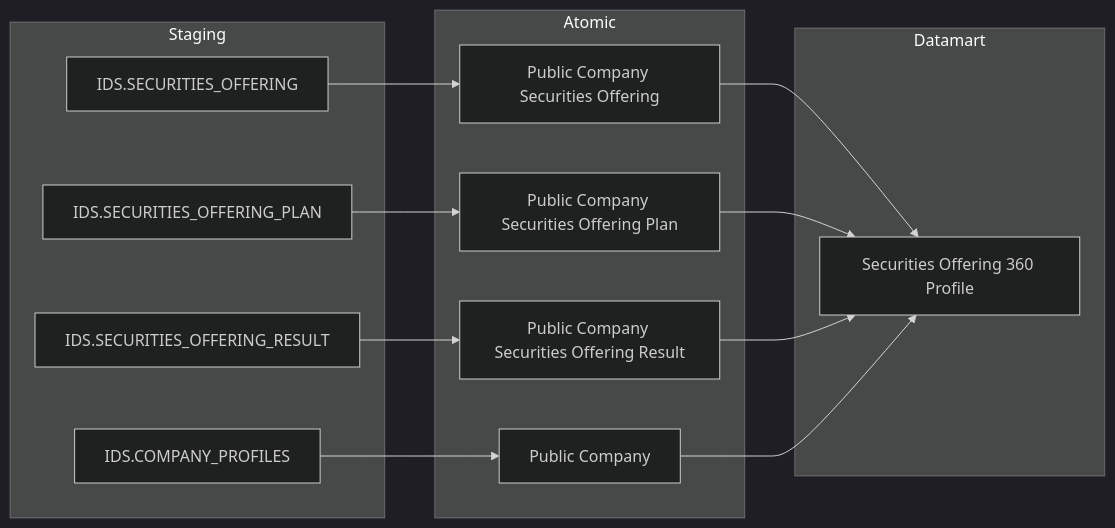
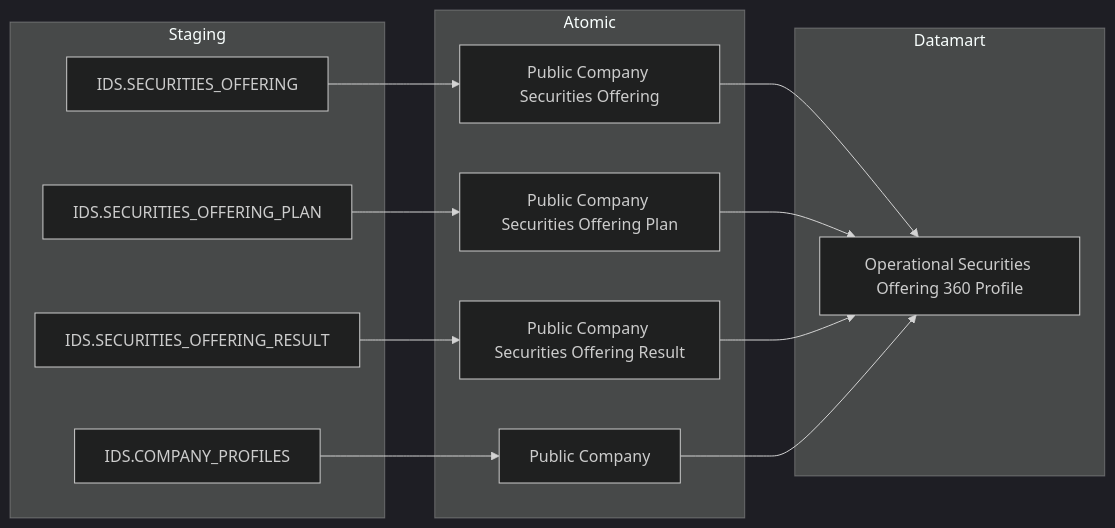
The fourth of 22 diagrams in Datamart/hld/DTM_QLCB_HLD.md (linhlvit/ubck_atomic_design), drawn with Mermaid (dark theme) before and after one commit. The commit also changed other lines of this file and 62 other files, not shown here.

````diff
--- a/Datamart/hld/DTM_QLCB_HLD.md
+++ b/Datamart/hld/DTM_QLCB_HLD.md
@@ -170,30 +170,30 @@
 ```mermaid
 flowchart LR
     subgraph SRC["Staging"]
         IDS_SECURITIES_OFFERING["IDS.SECURITIES_OFFERING"]
         IDS_SECURITIES_OFFERING_PLAN["IDS.SECURITIES_OFFERING_PLAN"]
         IDS_SECURITIES_OFFERING_RESULT["IDS.SECURITIES_OFFERING_RESULT"]
         IDS_COMPANY_PROFILES["IDS.COMPANY_PROFILES"]
     end
 
     subgraph SIL["Atomic"]
         Public_Company_Securities_Offering["Public Company Securities Offering"]
         Public_Company_Securities_Offering_Plan["Public Company Securities Offering Plan"]
         Public_Company_Securities_Offering_Result["Public Company Securities Offering Result"]
         Public_Company["Public Company"]
     end
 
     subgraph GOLD["Datamart"]
-        securities_offering_360_profile["Securities Offering 360 Profile"]
+        opr_securities_offering_360_profile["Operational Securities Offering 360 Profile"]
     end
 
     IDS_SECURITIES_OFFERING --> Public_Company_Securities_Offering
     IDS_SECURITIES_OFFERING_PLAN --> Public_Company_Securities_Offering_Plan
     IDS_SECURITIES_OFFERING_RESULT --> Public_Company_Securities_Offering_Result
     IDS_COMPANY_PROFILES --> Public_Company
 
-    Public_Company_Securities_Offering --> securities_offering_360_profile
-    Public_Company_Securities_Offering_Plan --> securities_offering_360_profile
-    Public_Company_Securities_Offering_Result --> securities_offering_360_profile
-    Public_Company --> securities_offering_360_profile
+    Public_Company_Securities_Offering --> opr_securities_offering_360_profile
+    Public_Company_Securities_Offering_Plan --> opr_securities_offering_360_profile
+    Public_Company_Securities_Offering_Result --> opr_securities_offering_360_profile
+    Public_Company --> opr_securities_offering_360_profile
 ```
````
